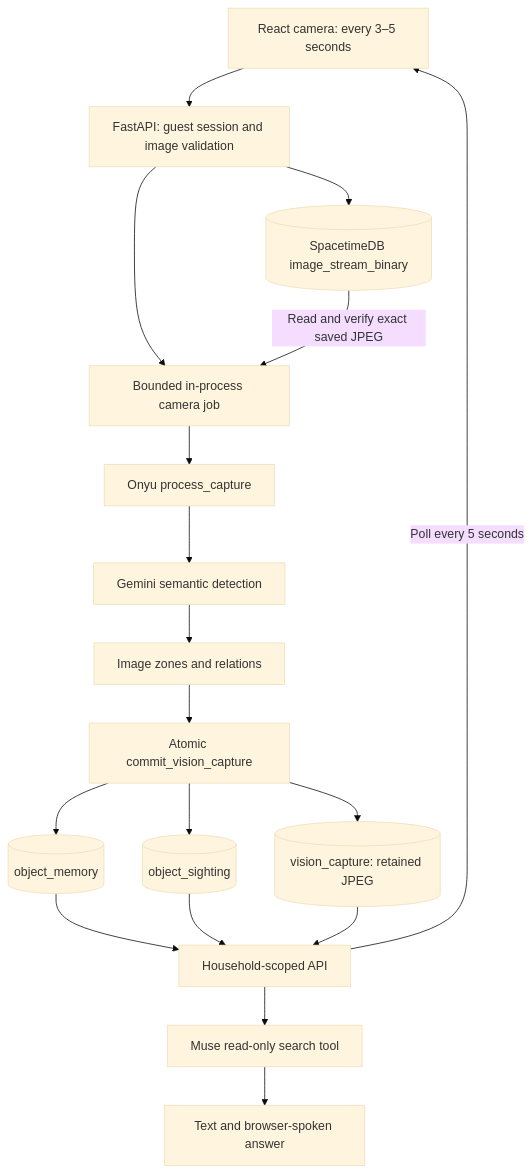
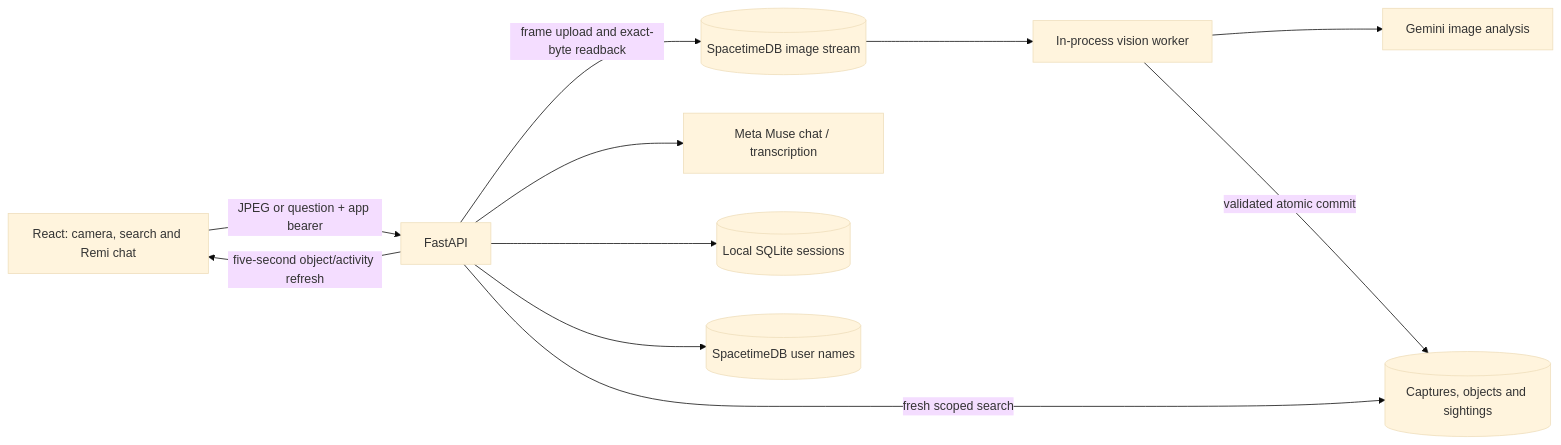
Before and after one commit to preespp/CalHacks_Kyuran_Alex_Pree_Ohn: the diagram in docs/ARCHITECTURE.md, drawn with Mermaid (base theme). The commit also changed other lines of this file and 75 other files, not shown here.

````diff
--- a/docs/ARCHITECTURE.md
+++ b/docs/ARCHITECTURE.md
@@ -7,20 +5,13 @@
 ```mermaid
-flowchart TD
-  Phone[React camera: every 3–5 seconds] --> API[FastAPI: guest session and image validation]
-  API --> Frames[(SpacetimeDB image_stream_binary)]
-  API --> Job[Bounded in-process camera job]
-  Frames -->|Read and verify exact saved JPEG| Job
-  Job --> Onyu[Onyu process_capture]
-  Onyu --> Gemini[Gemini semantic detection]
-  Gemini --> Spatial[Image zones and relations]
-  Spatial --> Commit[Atomic commit_vision_capture]
-  Commit --> Objects[(object_memory)]
-  Commit --> History[(object_sighting)]
-  Commit --> Images[(vision_capture: retained JPEG)]
-  Objects --> Read[Household-scoped API]
-  History --> Read
-  Images --> Read
-  Read -->|Poll every 5 seconds| Phone
-  Read --> Muse[Muse read-only search tool]
-  Muse --> Reply[Text and browser-spoken answer]
+flowchart LR
+    Browser[React: camera, search and Remi chat] -->|JPEG or question + app bearer| API[FastAPI]
+    API -->|frame upload and exact-byte readback| Frames[(SpacetimeDB image stream)]
+    Frames --> Worker[In-process vision worker]
+    Worker --> Gemini[Gemini image analysis]
+    Worker -->|validated atomic commit| Memory[(Captures, objects and sightings)]
+    API -->|fresh scoped search| Memory
+    API --> Meta[Meta Muse chat / transcription]
+    API --> Sessions[(Local SQLite sessions)]
+    API --> Users[(SpacetimeDB user names)]
+    API -->|five-second object/activity refresh| Browser
 ```
````
